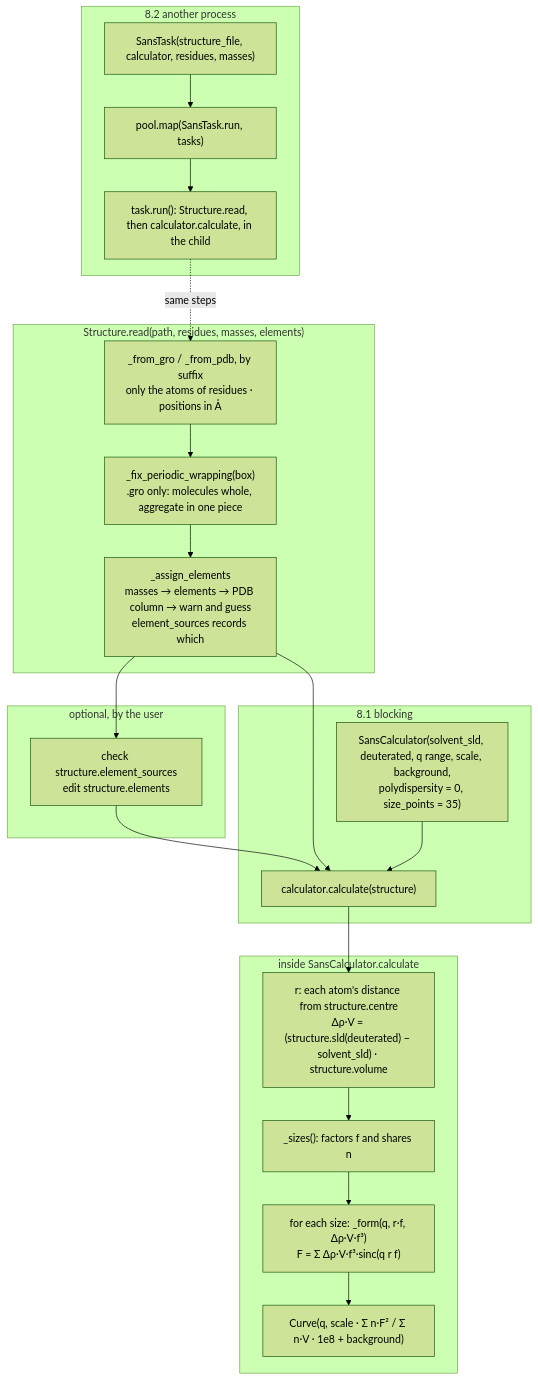
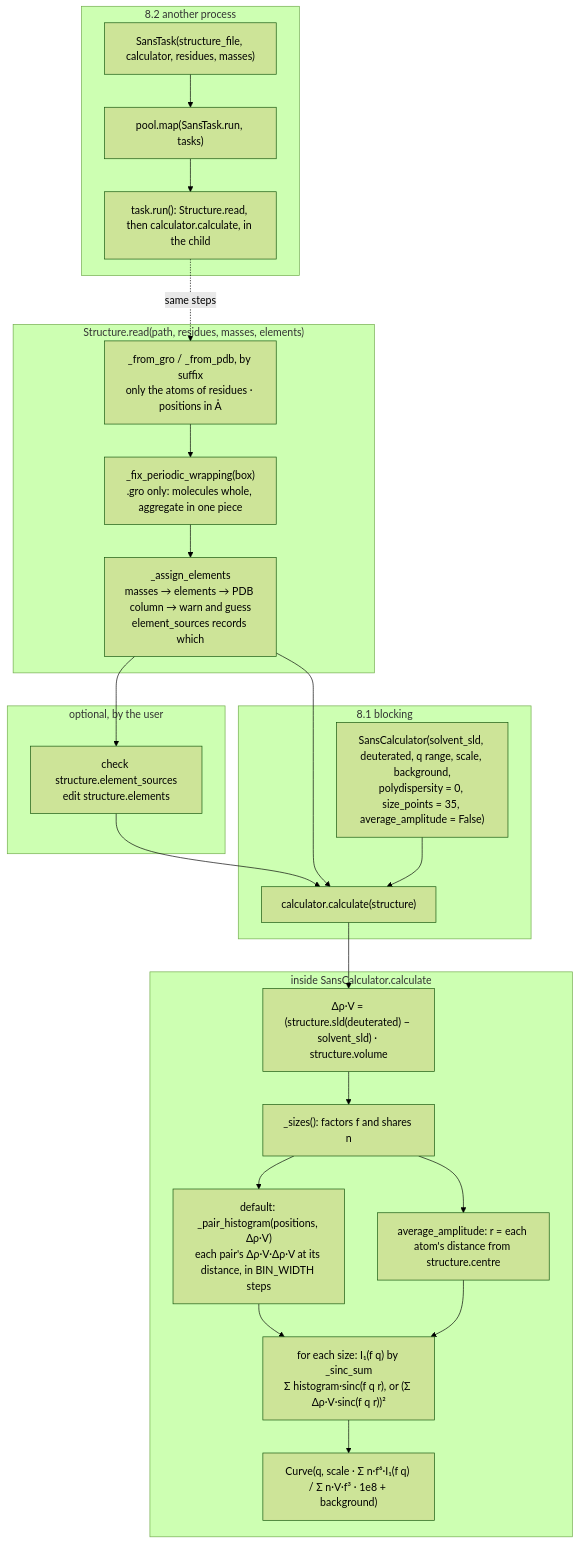
Before and after one commit to seventil/coords2sans: the second of 4 diagrams in README.md, drawn with Mermaid (forest theme). The commit also changed other lines of this file and 5 other files, not shown here.

````diff
--- a/README.md
+++ b/README.md
@@ -502,37 +552,42 @@
 ```mermaid
 flowchart TD
     subgraph READ["Structure.read(path, residues, masses, elements)"]
         R1["_from_gro / _from_pdb, by suffix<br/>only the atoms of residues · positions in Å"]
         R2["_fix_periodic_wrapping(box)<br/>.gro only: molecules whole, aggregate in one piece"]
         R3["_assign_elements<br/>masses → elements → PDB column → warn and guess<br/>element_sources records which"]
     end
 
     subgraph EDIT["optional, by the user"]
         E1["check structure.element_sources<br/>edit structure.elements"]
     end
 
     subgraph BLOCKING["8.1 blocking"]
-        B1["SansCalculator(solvent_sld, deuterated, q range, scale, background,<br/>polydispersity = 0, size_points = 35)"]
+        B1["SansCalculator(solvent_sld, deuterated, q range, scale, background,<br/>polydispersity = 0, size_points = 35, average_amplitude = False)"]
         B2["calculator.calculate(structure)"]
     end
 
     subgraph TASK["8.2 another process"]
         T1["SansTask(structure_file, calculator, residues, masses)"]
         T2["pool.map(SansTask.run, tasks)"]
         T3["task.run(): Structure.read, then calculator.calculate, in the child"]
     end
 
     subgraph CALC["inside SansCalculator.calculate"]
-        C1["r: each atom's distance from structure.centre<br/>Δρ·V = (structure.sld(deuterated) − solvent_sld) · structure.volume"]
+        C1["Δρ·V = (structure.sld(deuterated) − solvent_sld) · structure.volume"]
         C2["_sizes(): factors f and shares n"]
-        C3["for each size: _form(q, r·f, Δρ·V·f³)<br/>F = Σ Δρ·V·f³·sinc(q r f)"]
-        C4["Curve(q, scale · Σ n·F² / Σ n·V · 1e8 + background)"]
+        C3["default: _pair_histogram(positions, Δρ·V)<br/>each pair's Δρ·V·Δρ·V at its distance, in BIN_WIDTH steps"]
+        C3A["average_amplitude: r = each atom's distance from structure.centre"]
+        C4["for each size: I₁(f q) by _sinc_sum<br/>Σ histogram·sinc(f q r), or (Σ Δρ·V·sinc(f q r))²"]
+        C5["Curve(q, scale · Σ n·f⁶·I₁(f q) / Σ n·V·f³ · 1e8 + background)"]
     end
 
     R1 --> R2 --> R3 --> E1 --> B2
     R3 --> B2
     B1 --> B2
     T1 --> T2 --> T3
     T3 -.->|"same steps"| R1
-    B2 --> C1 --> C2 --> C3 --> C4
+    B2 --> C1 --> C2
+    C2 --> C3 --> C4
+    C2 --> C3A --> C4
+    C4 --> C5
 ```
````
